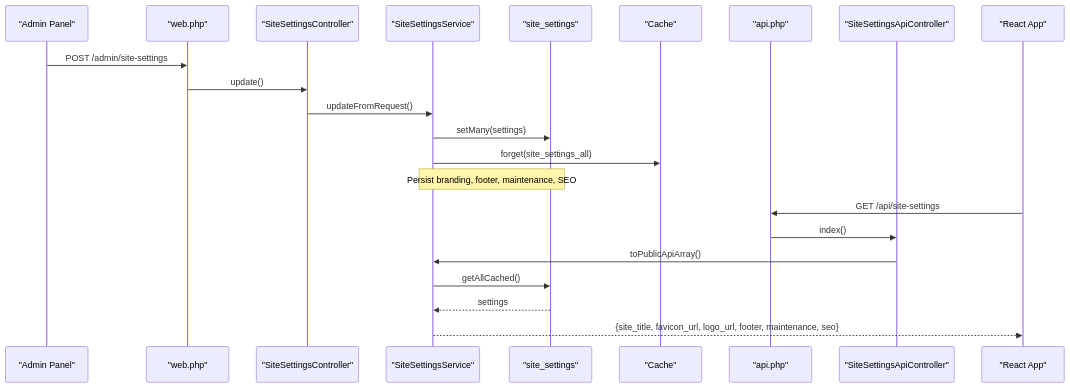
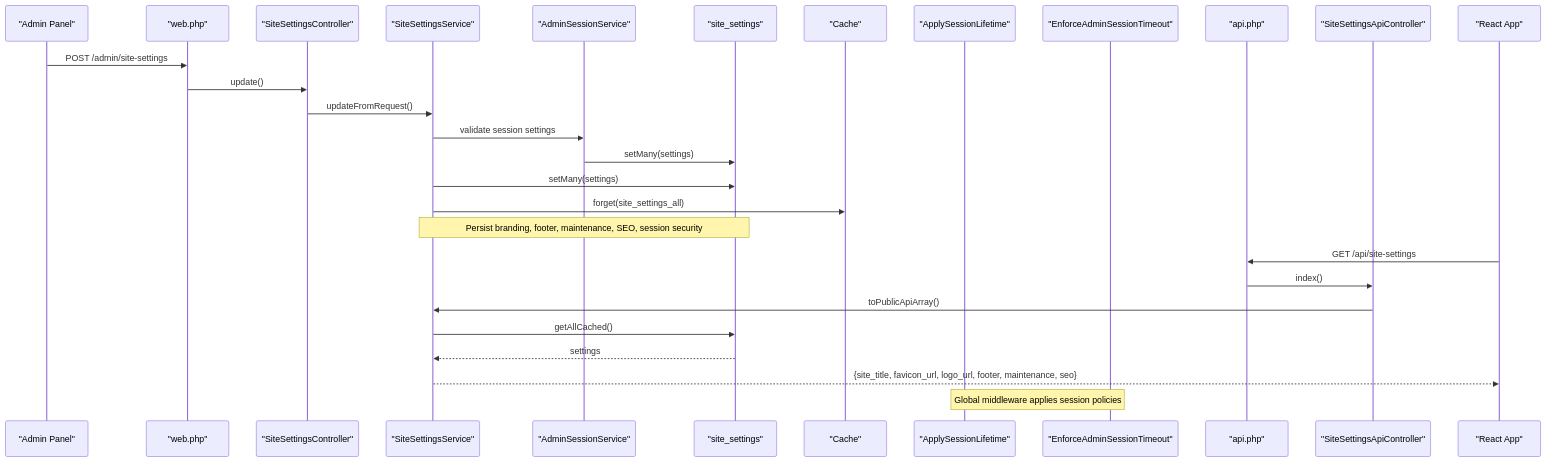
Before and after one commit to mahbub095/bus-app: the second of 7 diagrams in .qoder/repowiki/en/content/Administrative Dashboard/Site Configuration & Settings.md, drawn with Mermaid. The commit also changed other lines of this file and 130 other files, not shown here.

````diff
--- a/.qoder/repowiki/en/content/Administrative Dashboard/Site Configuration & Settings.md
+++ b/.qoder/repowiki/en/content/Administrative Dashboard/Site Configuration & Settings.md
@@ -128,24 +166,30 @@
 ```mermaid
 sequenceDiagram
 participant Admin as "Admin Panel"
 participant Web as "web.php"
 participant Ctrl as "SiteSettingsController"
 participant Svc as "SiteSettingsService"
+participant AdminSvc as "AdminSessionService"
 participant DB as "site_settings"
 participant Cache as "Cache"
+participant SessionMW as "ApplySessionLifetime"
+participant TimeoutMW as "EnforceAdminSessionTimeout"
 participant API as "api.php"
 participant APICtrl as "SiteSettingsApiController"
 participant FE as "React App"
 Admin->>Web : POST /admin/site-settings
 Web->>Ctrl : update()
 Ctrl->>Svc : updateFromRequest()
+Svc->>AdminSvc : validate session settings
+AdminSvc->>DB : setMany(settings)
 Svc->>DB : setMany(settings)
 Svc->>Cache : forget(site_settings_all)
-Note over Svc,DB : Persist branding, footer, maintenance, SEO
+Note over Svc,DB : Persist branding, footer, maintenance, SEO, session security
 FE->>API : GET /api/site-settings
 API->>APICtrl : index()
 APICtrl->>Svc : toPublicApiArray()
 Svc->>DB : getAllCached()
 DB-->>Svc : settings
 Svc-->>FE : {site_title, favicon_url, logo_url, footer, maintenance, seo}
+Note over SessionMW,TimeoutMW : Global middleware applies session policies
 ```
````
